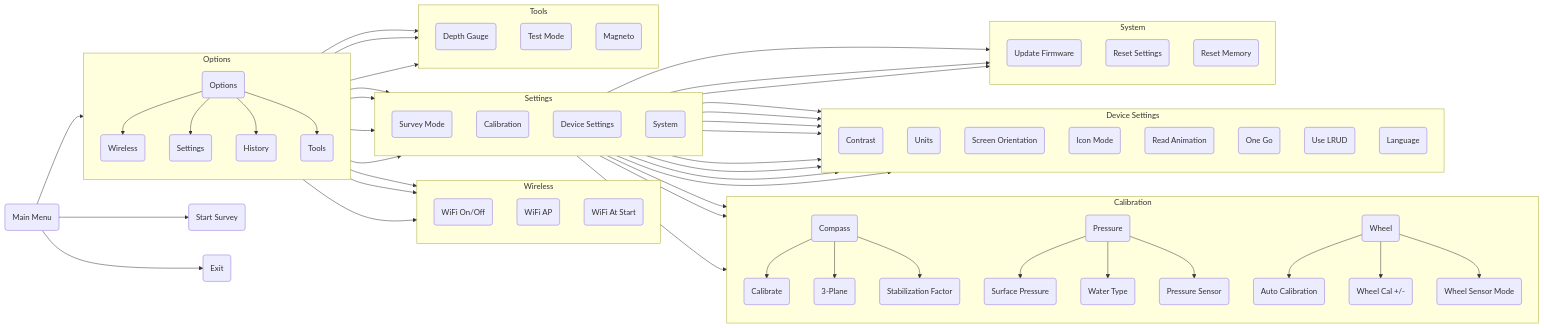
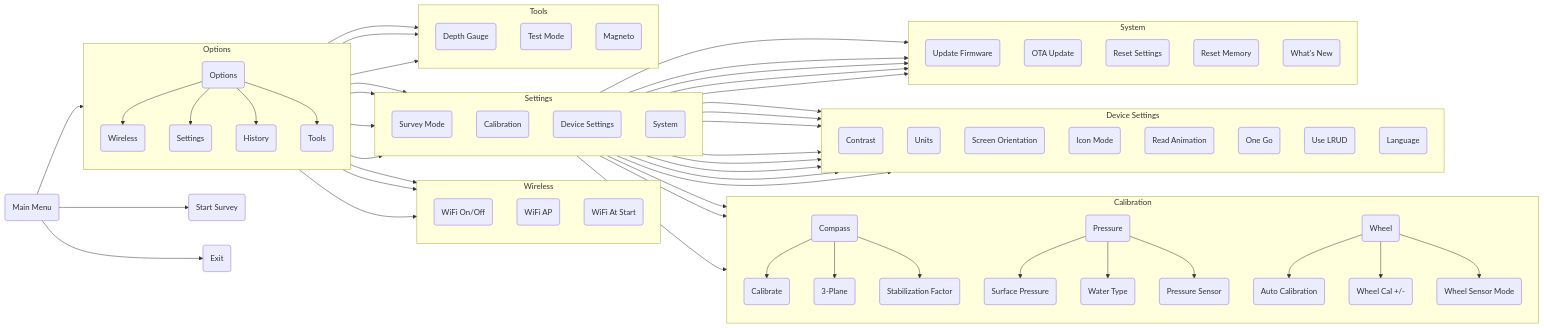
Before and after one commit to SebKister/MNemoV2-Documentation: the diagram in docs/Menus-Overview.md, drawn with Mermaid.

Commit message:
docs: add OTA Update and What's New to the System menu diagram

```diff
--- a/docs/Menus-Overview.md
+++ b/docs/Menus-Overview.md
@@ -105,12 +105,16 @@
     subgraph SystemMenu [System]
         direction TB
         Update(Update Firmware)
+        OTAUpdate(OTA Update)
         ResetSet(Reset Settings)
         ResetMem(Reset Memory)
+        WhatsNew("What's New")
 
         System --> Update
+        System --> OTAUpdate
         System --> ResetSet
         System --> ResetMem
+        System --> WhatsNew
     end
 
     %% Tools Submenu
```
